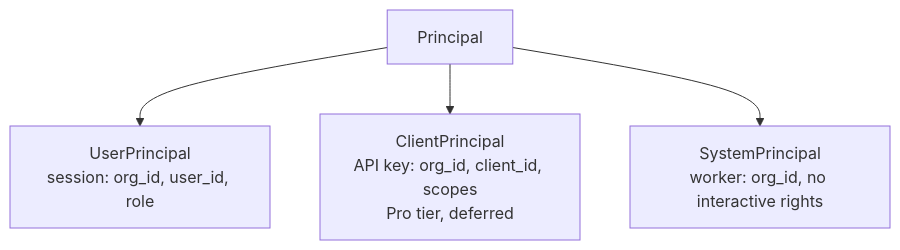
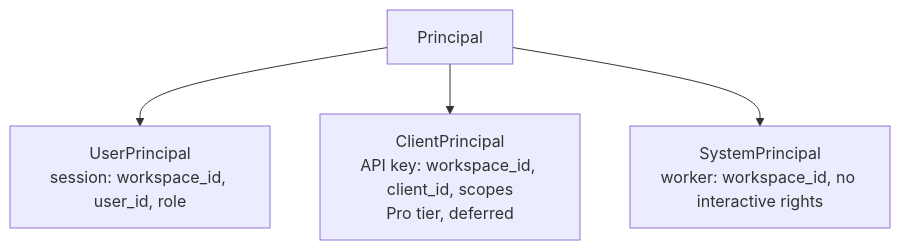
One commit to convertap/convert changed the sixth of 7 diagrams in docs/architecture.md. Above: the diagram before and after it, drawn with Mermaid. The commit also changed other lines of this file and 26 other files, not shown here.

````diff
--- a/docs/architecture.md
+++ b/docs/architecture.md
@@ -280,7 +280,7 @@
 ```mermaid
 flowchart TD
   P["Principal"]
-  P --> U["UserPrincipal<br/>session: org_id, user_id, role"]
-  P --> C["ClientPrincipal<br/>API key: org_id, client_id, scopes<br/>Pro tier, deferred"]
-  P --> S["SystemPrincipal<br/>worker: org_id, no interactive rights"]
+  P --> U["UserPrincipal<br/>session: workspace_id, user_id, role"]
+  P --> C["ClientPrincipal<br/>API key: workspace_id, client_id, scopes<br/>Pro tier, deferred"]
+  P --> S["SystemPrincipal<br/>worker: workspace_id, no interactive rights"]
 ```
````
